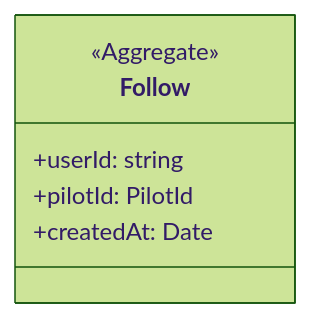
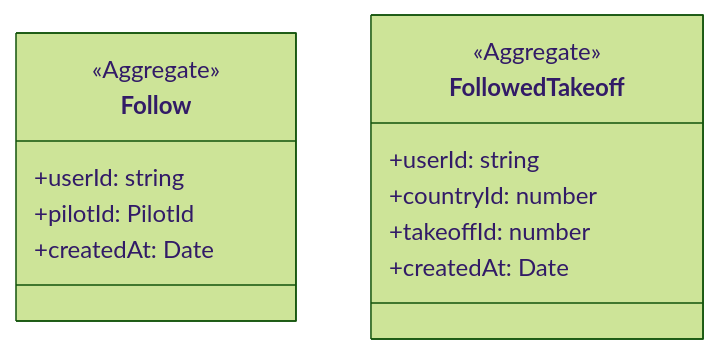
Before and after one commit to SondreBakken/flight-log-remastered: the diagram in docs/blueprint/domain/following.md, drawn with Mermaid (forest theme). The commit also changed other lines of this file and 2 other files, not shown here.

Commit message:
docs: blueprint covers followed takeoffs in the feed (#246)

````diff
--- a/docs/blueprint/domain/following.md
+++ b/docs/blueprint/domain/following.md
@@ -3,9 +3,16 @@
 ```mermaid
 classDiagram
     class Follow {
         <<Aggregate>>
         +userId: string
         +pilotId: PilotId
         +createdAt: Date
     }
+    class FollowedTakeoff {
+        <<Aggregate>>
+        +userId: string
+        +countryId: number
+        +takeoffId: number
+        +createdAt: Date
+    }
 ```
````
